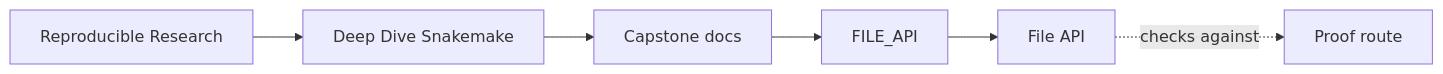
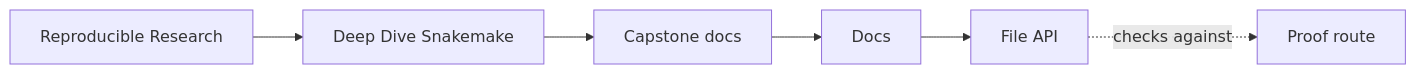
The first of 2 diagrams in programs/reproducible-research/deep-dive-snakemake/capstone/docs/file-api.md (bijux/bijux-masterclass), drawn with Mermaid before and after one commit. The commit also changed other lines of this file and 149 other files, not shown here.

````diff
--- a/programs/reproducible-research/deep-dive-snakemake/capstone/docs/file-api.md
+++ b/programs/reproducible-research/deep-dive-snakemake/capstone/docs/file-api.md
@@ -6,12 +6,12 @@
 ```mermaid
 graph LR
   family["Reproducible Research"]
   program["Deep Dive Snakemake"]
   guide["Capstone docs"]
-  section["FILE_API"]
+  section["Docs"]
   page["File API"]
   proof["Proof route"]
 
   family --> program --> guide --> section --> page
   page -.checks against.-> proof
 ```
````
